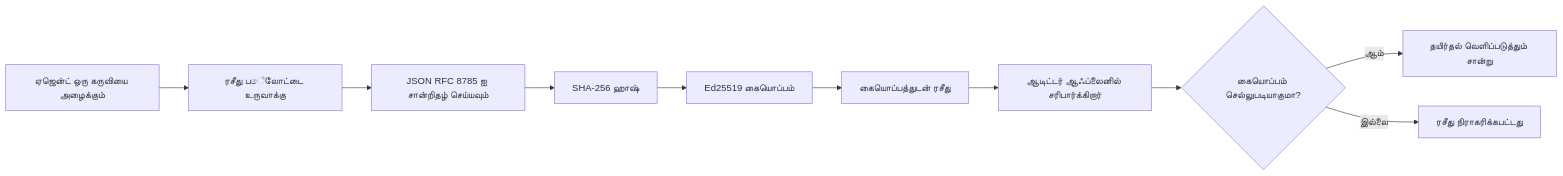
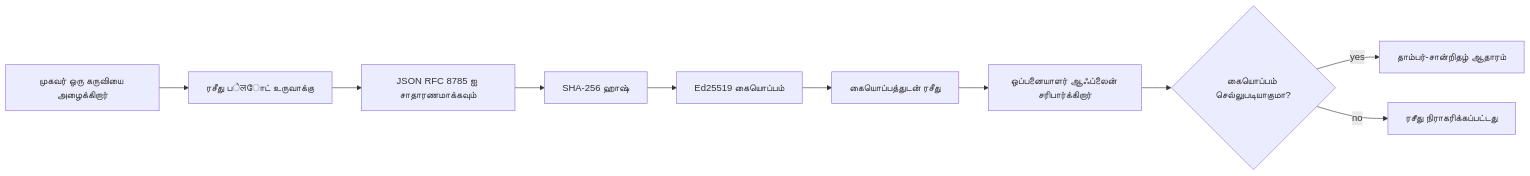
Before and after one commit to gabrielmoreira/agent-skills-mirror: the first of 2 diagrams in mirrors/repos/microsoft@ai-agents-for-beginners/translations/ta/18-securing-ai-agents/README.md, drawn with Mermaid. The commit also changed other lines of this file and 4482 other files, not shown here.

````diff
--- a/mirrors/repos/microsoft@ai-agents-for-beginners/translations/ta/18-securing-ai-agents/README.md
+++ b/mirrors/repos/microsoft@ai-agents-for-beginners/translations/ta/18-securing-ai-agents/README.md
@@ -51,12 +51,12 @@
 ```mermaid
 flowchart LR
-    A[ஏஜென்ட் ஒரு கருவியை அழைக்கும்] --> B[ரசீது பේலோட்டை உருவாக்கு]
-    B --> C[JSON RFC 8785 ஐ சான்றிதழ் செய்யவும்]
+    A[முகவர் ஒரு கருவியை அழைக்கிறார்] --> B[ரசீது பेलோட் உருவாக்கு]
+    B --> C[JSON RFC 8785 ஐ சாதாரணமாக்கவும்]
     C --> D[SHA-256 ஹாஷ்]
     D --> E[Ed25519 கையொப்பம்]
     E --> F[கையொப்பத்துடன் ரசீது]
-    F --> G[ஆடிட்டர் ஆஃப்லைனில் சரிபார்க்கிறார்]
+    F --> G[ஒப்பனையாளர் ஆஃப்லைன் சரிபார்க்கிறார்]
     G --> H{கையொப்பம் செல்லுபடியாகுமா?}
-    H -- ஆம் --> I[தயிர்தல் வெளிப்படுத்தும் சான்று]
-    H -- இல்லை --> J[ரசீது நிராகரிக்கபட்டது]
+    H -- yes --> I[தாம்பர்-சான்றிதழ் ஆதாரம்]
+    H -- no --> J[ரசீது நிராகரிக்கப்பட்டது]
 ```
````
